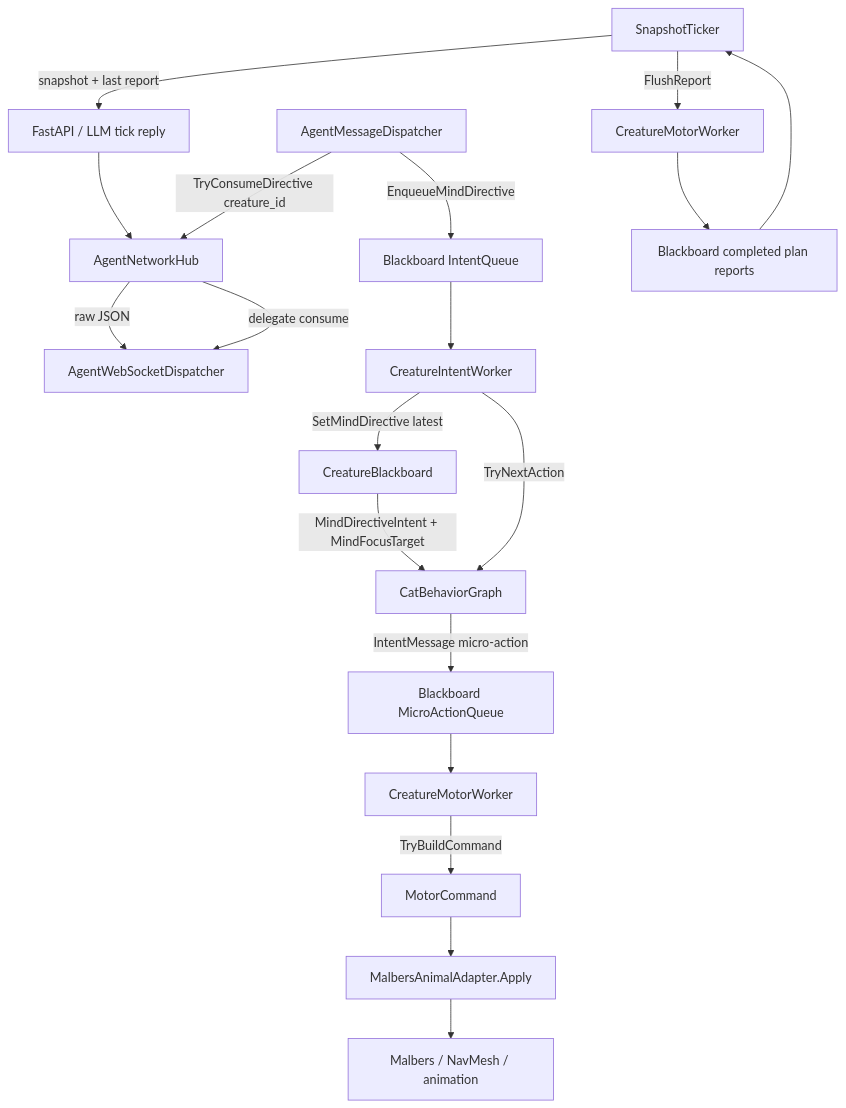
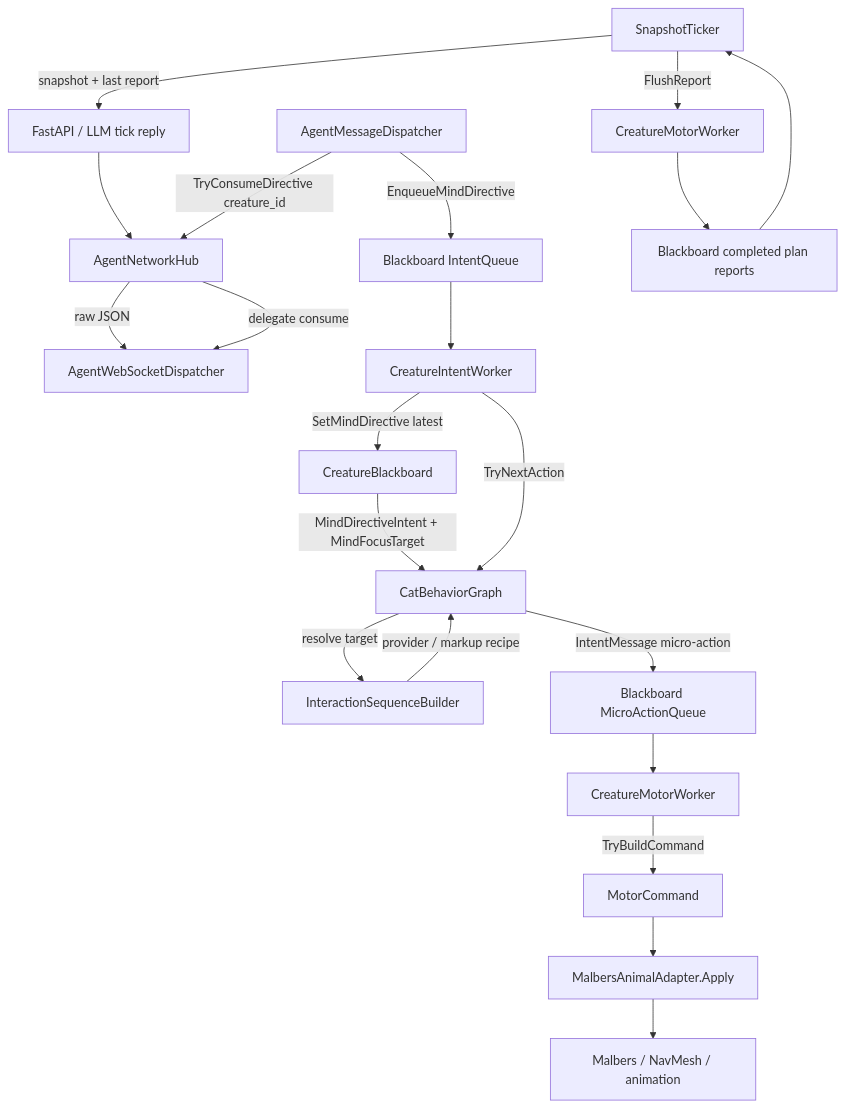
One commit to MewiLab/mewi changed the diagram in mewi-unity/app/Assets/Scripts/Creature/Motor/behavior_graph.md. Above: the diagram before and after it, drawn with Mermaid. The commit also changed other lines of this file and 16 other files, not shown here.

````diff
--- a/mewi-unity/app/Assets/Scripts/Creature/Motor/behavior_graph.md
+++ b/mewi-unity/app/Assets/Scripts/Creature/Motor/behavior_graph.md
@@ -17,24 +21,26 @@
 ```mermaid
 flowchart TD
     Backend[FastAPI / LLM tick reply] --> Network[AgentNetworkHub]
     Network -->|raw JSON| WebSocketDispatcher[AgentWebSocketDispatcher]
     Dispatcher[AgentMessageDispatcher] -->|TryConsumeDirective creature_id| Network
     Network -->|delegate consume| WebSocketDispatcher
     Dispatcher -->|EnqueueMindDirective| IntentQueue[Blackboard IntentQueue]
 
     SnapshotTicker -->|FlushReport| Worker[CreatureMotorWorker]
     Worker --> ReportQueue[Blackboard completed plan reports]
     ReportQueue --> SnapshotTicker
     SnapshotTicker -->|snapshot + last report| Backend
 
     IntentQueue --> IntentWorker[CreatureIntentWorker]
     IntentWorker -->|SetMindDirective latest| Blackboard[CreatureBlackboard]
     Blackboard -->|MindDirectiveIntent + MindFocusTarget| Graph[CatBehaviorGraph]
+    Graph -->|resolve target| Interaction[InteractionSequenceBuilder]
+    Interaction -->|provider / markup recipe| Graph
     IntentWorker -->|TryNextAction| Graph
     Graph -->|IntentMessage micro-action| MicroQueue[Blackboard MicroActionQueue]
 
     MicroQueue --> CreatureMotorWorker
     CreatureMotorWorker -->|TryBuildCommand| Command[MotorCommand]
     Command --> Adapter[MalbersAnimalAdapter.Apply]
     Adapter --> Body[Malbers / NavMesh / animation]
 ```
````
